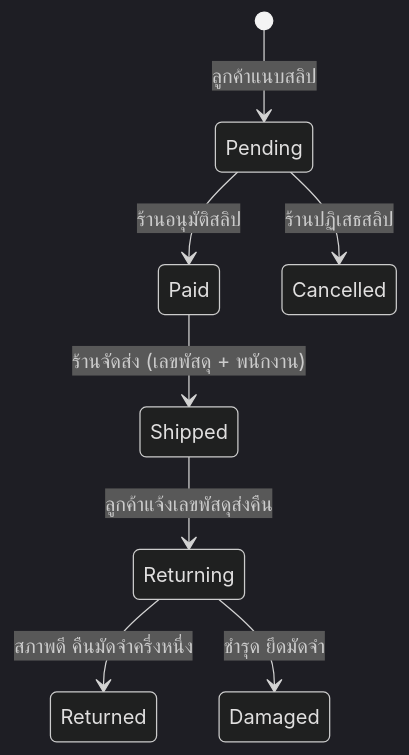
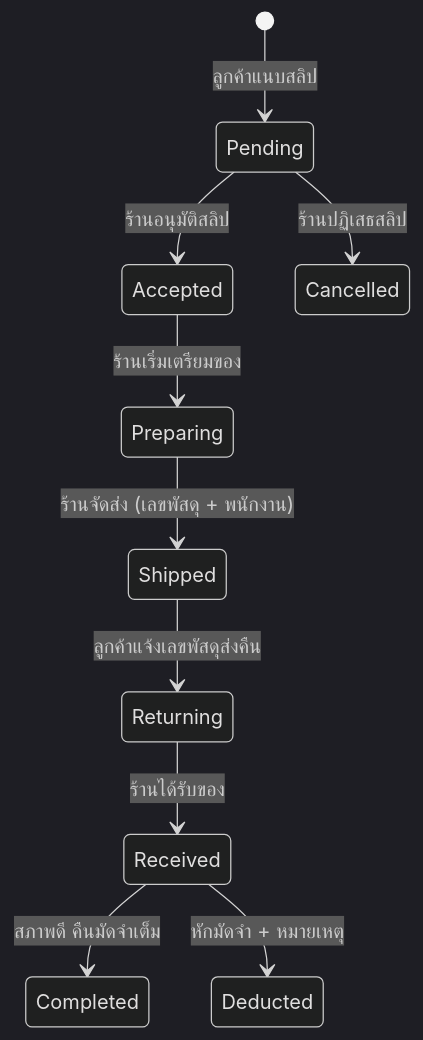
One commit to sawettamaln-s/The-Brandname-Rental changed the first of 2 diagrams in README.md. Above: the diagram before and after it, drawn with Mermaid (dark theme). The commit also changed other lines of this file and 13 other files, not shown here.

````diff
--- a/README.md
+++ b/README.md
@@ -50,10 +52,12 @@
 ```mermaid
 stateDiagram-v2
     [*] --> Pending: ลูกค้าแนบสลิป
-    Pending --> Paid: ร้านอนุมัติสลิป
+    Pending --> Accepted: ร้านอนุมัติสลิป
     Pending --> Cancelled: ร้านปฏิเสธสลิป
-    Paid --> Shipped: ร้านจัดส่ง (เลขพัสดุ + พนักงาน)
+    Accepted --> Preparing: ร้านเริ่มเตรียมของ
+    Preparing --> Shipped: ร้านจัดส่ง (เลขพัสดุ + พนักงาน)
     Shipped --> Returning: ลูกค้าแจ้งเลขพัสดุส่งคืน
-    Returning --> Returned: สภาพดี คืนมัดจำครึ่งหนึ่ง
-    Returning --> Damaged: ชำรุด ยึดมัดจำ
+    Returning --> Received: ร้านได้รับของ
+    Received --> Completed: สภาพดี คืนมัดจำเต็ม
+    Received --> Deducted: หักมัดจำ + หมายเหตุ
 ```
````
